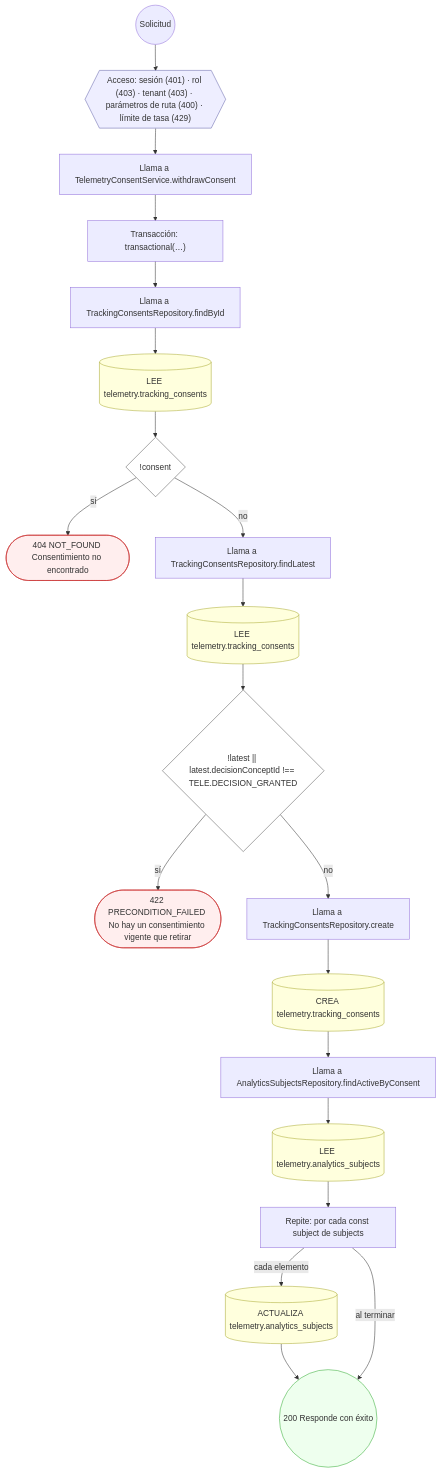
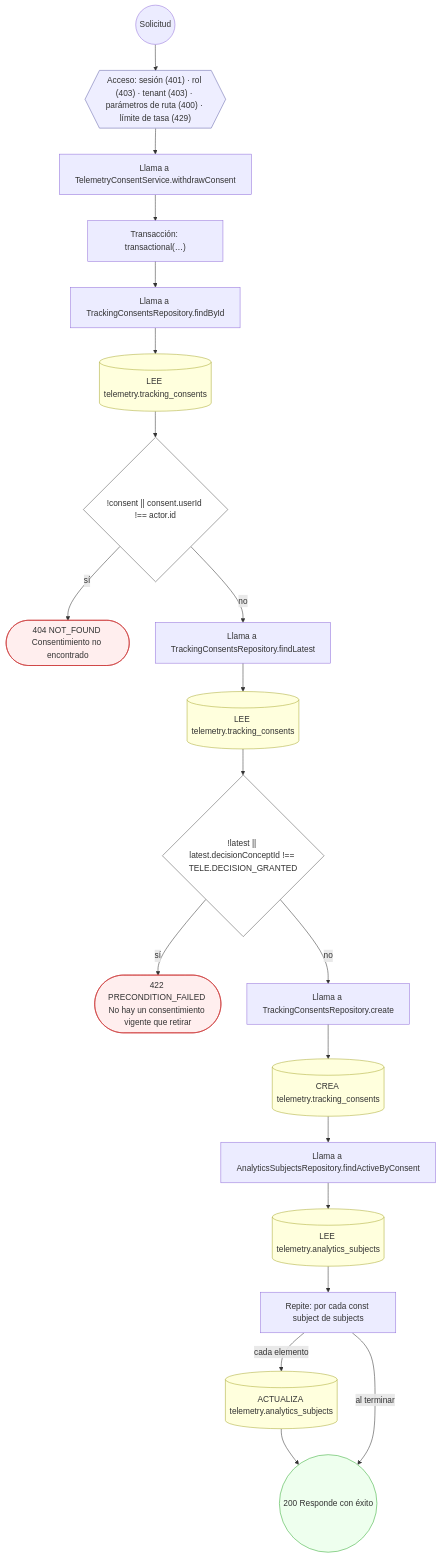
Before and after one commit to mdavila-2001/mantra-core-health-api: diagram 18 of 20 in docs/inventario/flujos/telemetry.md, drawn with Mermaid. The commit also changed other lines of this file and 438 other files, not shown here.

````diff
--- a/docs/inventario/flujos/telemetry.md
+++ b/docs/inventario/flujos/telemetry.md
@@ -1125,47 +1260,47 @@
 ```mermaid
 flowchart TD
   n1(("Solicitud")):::inicio
   n2{{"Acceso: sesión (401) · rol (403) · tenant (403) · parámetros de ruta (400) · límite de tasa (429)"}}:::acceso
   n1 --> n2
   n3["Llama a TelemetryConsentService.withdrawConsent"]:::llamada
   n2 --> n3
   n4["Transacción: transactional(…)"]:::transaccion
   n3 --> n4
   n5["Llama a TrackingConsentsRepository.findById"]:::llamada
   n4 --> n5
   n6[("LEE telemetry.tracking_consents")]:::efecto
   n5 --> n6
-  n7{"!consent"}:::decision
+  n7{"!consent || consent.userId !== actor.id"}:::decision
   n6 --> n7
   n8(["404 NOT_FOUND Consentimiento no encontrado"]):::error
   n7 -->|"sí"| n8
   n9["Llama a TrackingConsentsRepository.findLatest"]:::llamada
   n7 -->|"no"| n9
   n10[("LEE telemetry.tracking_consents")]:::efecto
   n9 --> n10
   n11{"!latest || latest.decisionConceptId !== TELE.DECISION_GRANTED"}:::decision
   n10 --> n11
   n12(["422 PRECONDITION_FAILED No hay un consentimiento vigente que retirar"]):::error
   n11 -->|"sí"| n12
   n13["Llama a TrackingConsentsRepository.create"]:::llamada
   n11 -->|"no"| n13
   n14[("CREA telemetry.tracking_consents")]:::efecto
   n13 --> n14
   n15["Llama a AnalyticsSubjectsRepository.findActiveByConsent"]:::llamada
   n14 --> n15
   n16[("LEE telemetry.analytics_subjects")]:::efecto
   n15 --> n16
   n17["Repite: por cada const subject de subjects"]:::bucle
   n16 --> n17
   n18[("ACTUALIZA telemetry.analytics_subjects")]:::efecto
   n17 -->|"cada elemento"| n18
   n19(("200 Responde con éxito")):::ok
   n18 --> n19
   n17 -->|"al terminar"| n19
   classDef acceso fill:#eef,stroke:#66a
   classDef error fill:#fee,stroke:#c33
   classDef ok fill:#efe,stroke:#3a3
   classDef efecto fill:#ffd,stroke:#aa3
   classDef decision fill:#fff,stroke:#555
   classDef corte fill:#eee,stroke:#999,stroke-dasharray: 4
 ```
````
